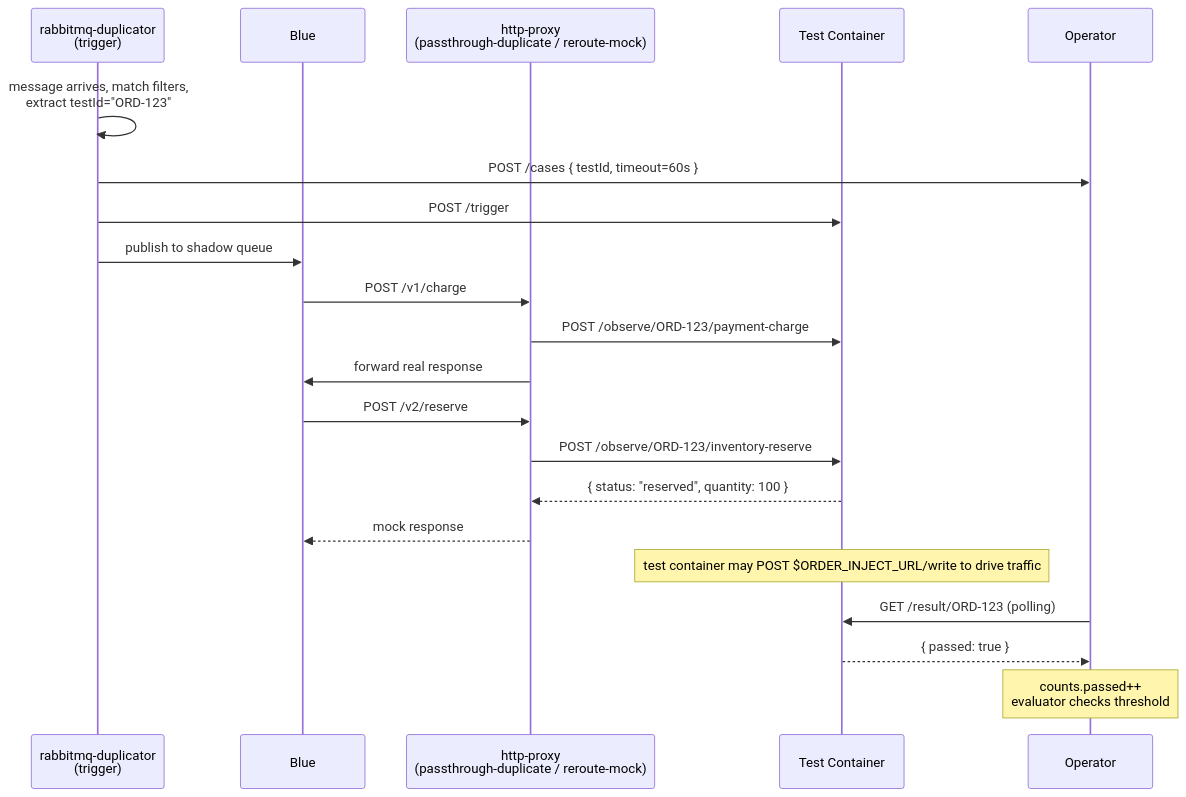
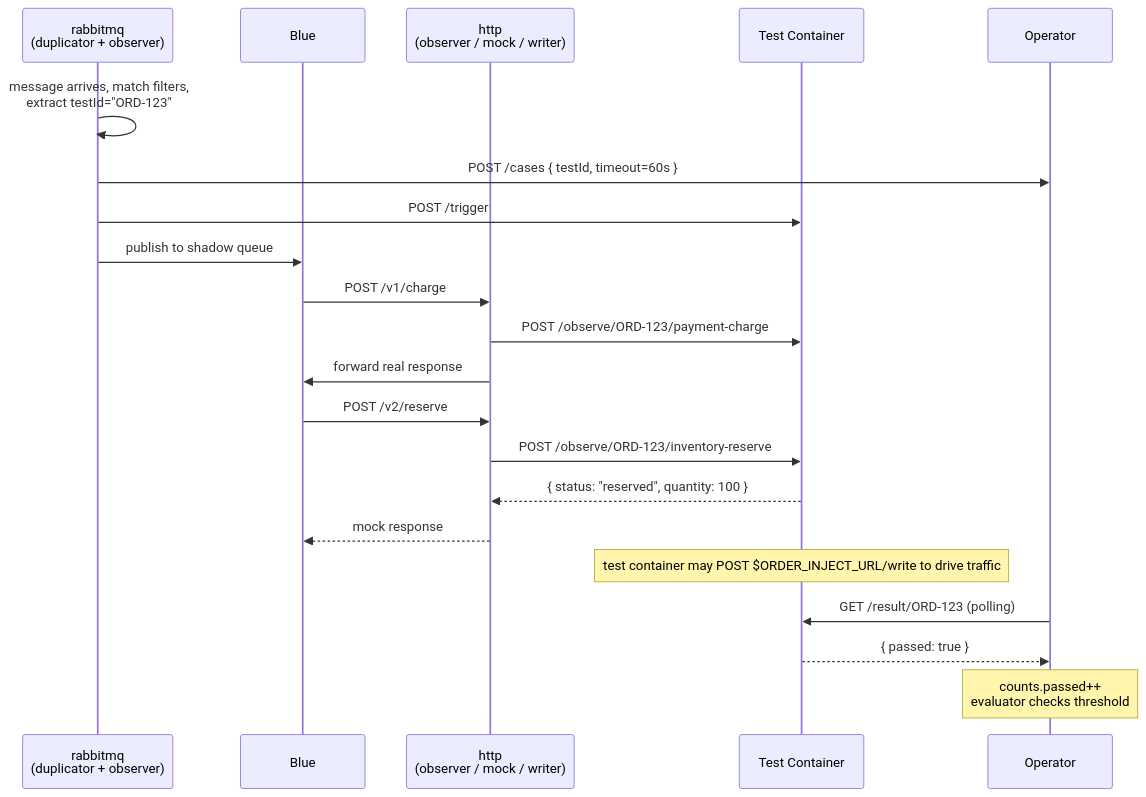
Before and after one commit to dlahmad/fluidbgoperator: the tenth of 12 diagrams in ARCHITECTURE.md, drawn with Mermaid. The commit also changed other lines of this file and 40 other files, not shown here.

````diff
--- a/ARCHITECTURE.md
+++ b/ARCHITECTURE.md
@@ -736,28 +732,28 @@
 ```mermaid
 sequenceDiagram
-    participant RD as rabbitmq-duplicator<br/>(trigger)
+    participant RD as rabbitmq<br/>(duplicator + observer)
     participant BC as Blue
-    participant HP as http-proxy<br/>(passthrough-duplicate / reroute-mock)
+    participant HP as http<br/>(observer / mock / writer)
     participant TC as Test Container
     participant OP as Operator
 
     RD->>RD: message arrives, match filters,<br/>extract testId="ORD-123"
     RD->>OP: POST /cases { testId, timeout=60s }
     RD->>TC: POST /trigger
     RD->>BC: publish to shadow queue
 
     BC->>HP: POST /v1/charge
     HP->>TC: POST /observe/ORD-123/payment-charge
     HP->>BC: forward real response
 
     BC->>HP: POST /v2/reserve
     HP->>TC: POST /observe/ORD-123/inventory-reserve
     TC-->>HP: { status: "reserved", quantity: 100 }
     HP-->>BC: mock response
 
     Note over TC: test container may POST $ORDER_INJECT_URL/write to drive traffic
 
     OP->>TC: GET /result/ORD-123 (polling)
     TC-->>OP: { passed: true }
     Note over OP: counts.passed++<br/>evaluator checks threshold
 ```
````
